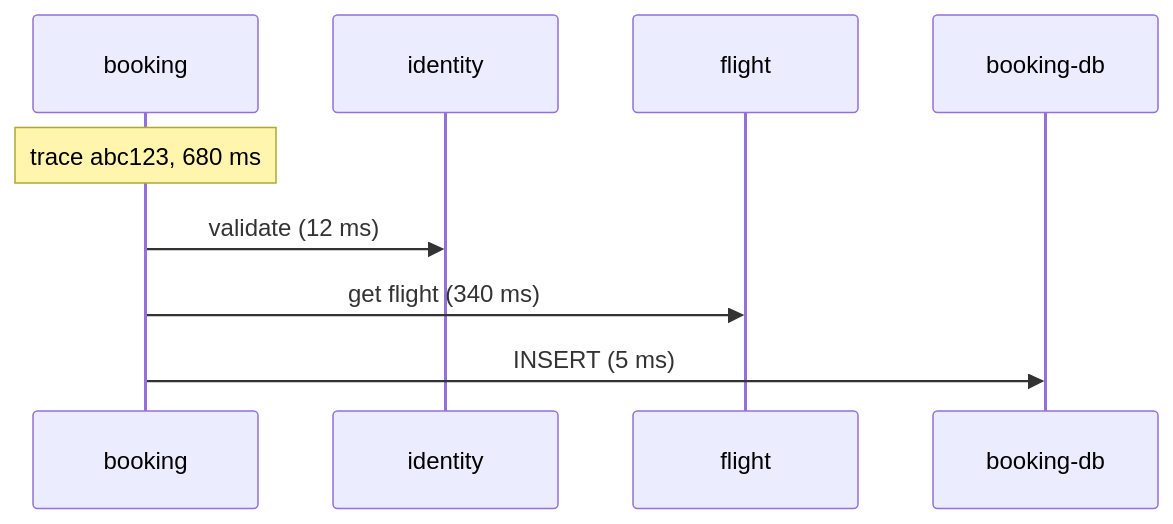
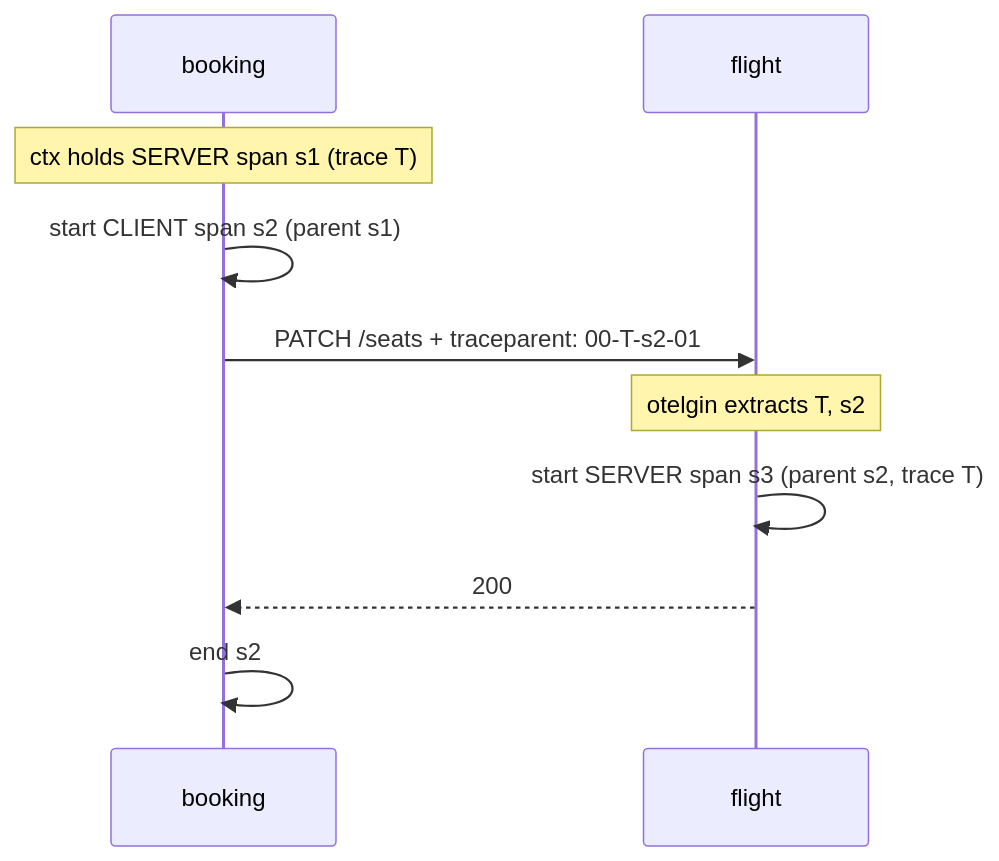
One commit to darshan-raul/apollo11-docs changed the first of 2 diagrams in docs/learn/observability/traces.md. Above: the diagram before and after it, drawn with Mermaid. The commit also changed other lines of this file and 8 other files, not shown here.

````diff
--- a/docs/learn/observability/traces.md
+++ b/docs/learn/observability/traces.md
@@ -23,11 +72,12 @@
 ```mermaid
 sequenceDiagram
   participant B as booking
-  participant I as identity
   participant F as flight
-  participant D as booking-db
-  Note over B: trace abc123, 680 ms
-  B->>I: validate (12 ms)
-  B->>F: get flight (340 ms)
-  B->>D: INSERT (5 ms)
+  Note over B: ctx holds SERVER span s1 (trace T)
+  B->>B: start CLIENT span s2 (parent s1)
+  B->>F: PATCH /seats + traceparent: 00-T-s2-01
+  Note over F: otelgin extracts T, s2
+  F->>F: start SERVER span s3 (parent s2, trace T)
+  F-->>B: 200
+  B->>B: end s2
 ```
````
